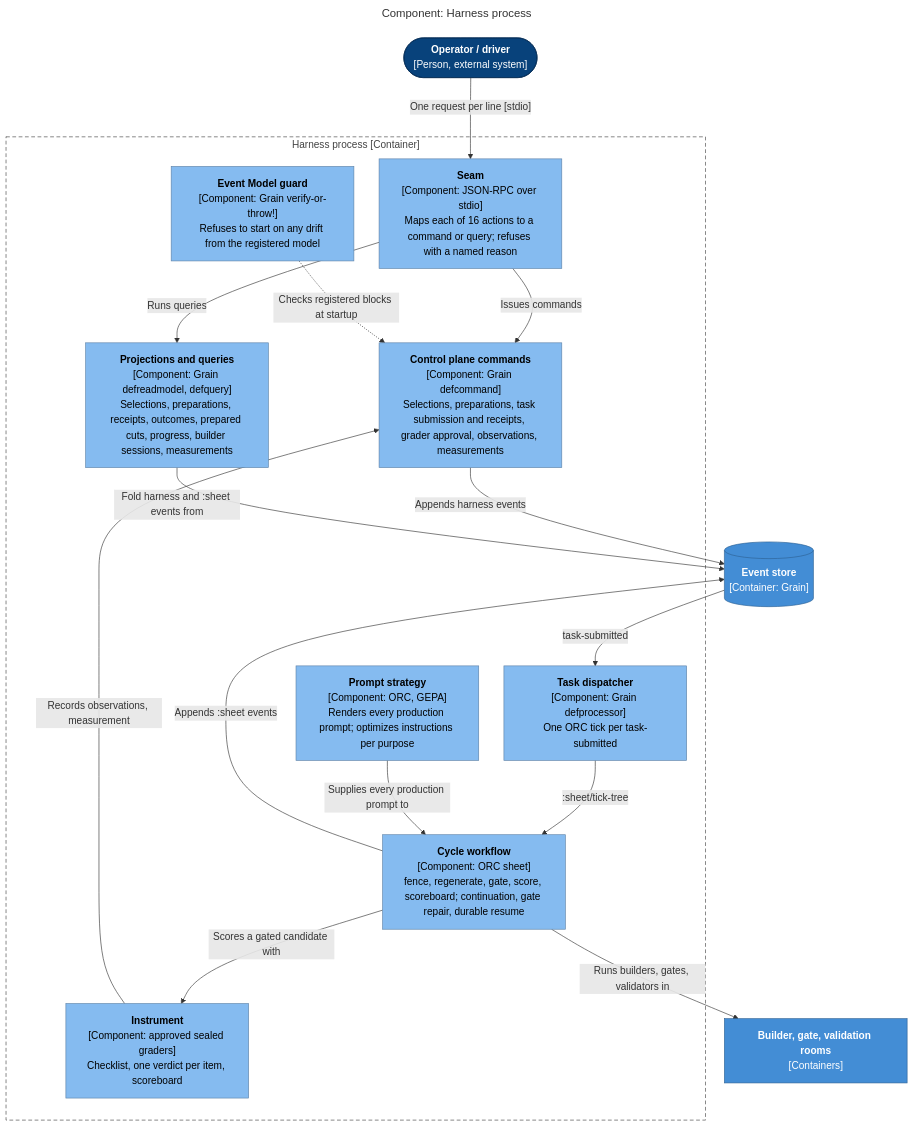
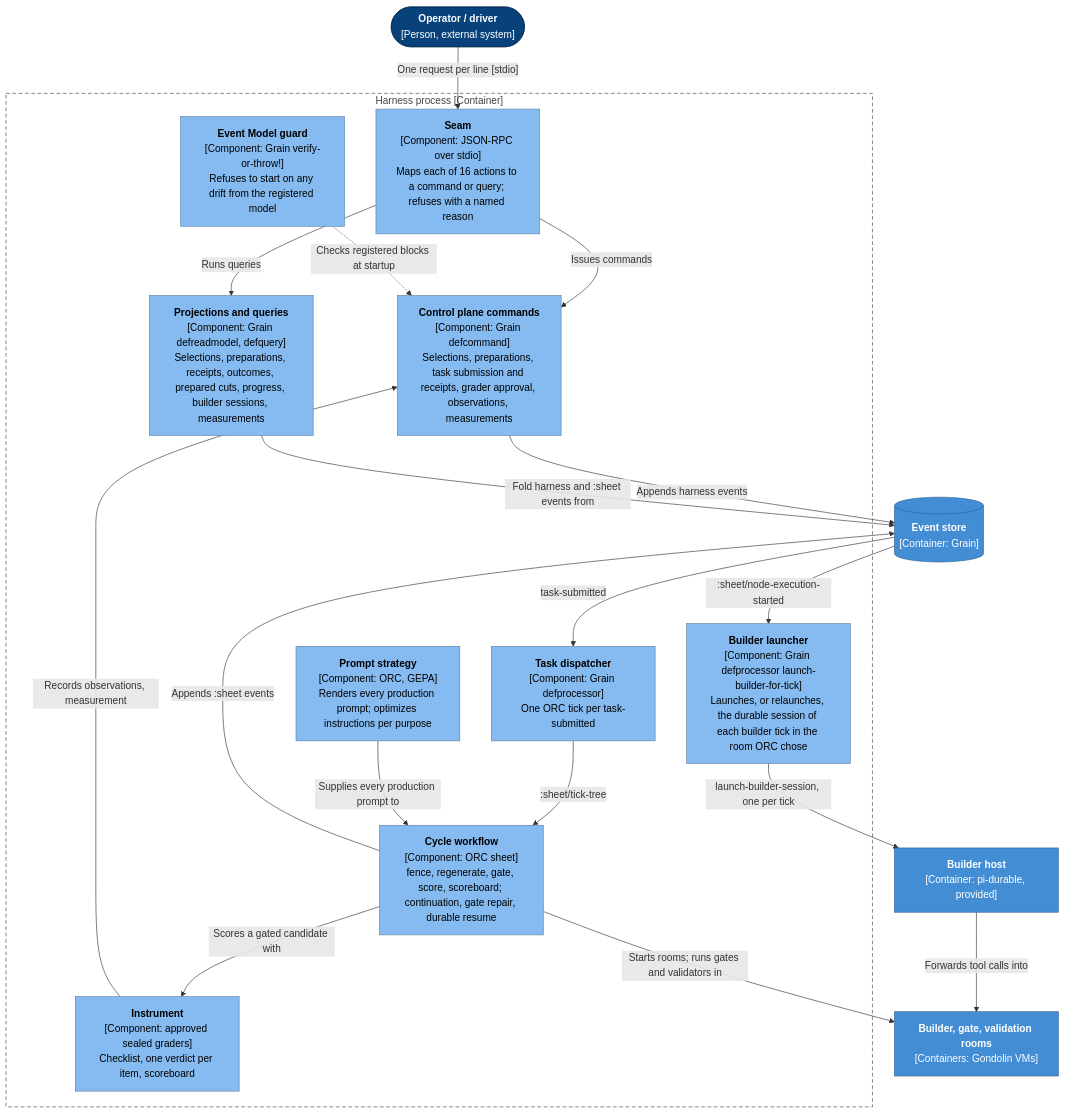
Before and after one commit to scope-impact/loyly: the third of 3 diagrams in .pi/architecture.md, drawn with Mermaid. The commit also changed other lines of this file and 2 other files, not shown here.

First line of the commit message:
Spec: ORC launches the durable builder, in the Grain model and the C4 views

````diff
--- a/.pi/architecture.md
+++ b/.pi/architecture.md
@@ -123,47 +123,49 @@
 ```mermaid
----
-title: "Component: Harness process"
----
-%%{init: {"flowchart": {"wrappingWidth": 230, "nodeSpacing": 40, "rankSpacing": 70}}}%%
+
 flowchart TB
   operator(["<b>Operator / driver</b><br/>[Person, external system]"])
 
   subgraph p ["Harness process [Container]"]
     seam["<b>Seam</b><br/>[Component: JSON-RPC over stdio]<br/>Maps each of 16 actions to a command or query; refuses with a named reason"]
     control["<b>Control plane commands</b><br/>[Component: Grain defcommand]<br/>Selections, preparations, task submission and receipts, grader approval, observations, measurements"]
     views["<b>Projections and queries</b><br/>[Component: Grain defreadmodel, defquery]<br/>Selections, preparations, receipts, outcomes, prepared cuts, progress, builder sessions, measurements"]
     dispatch["<b>Task dispatcher</b><br/>[Component: Grain defprocessor]<br/>One ORC tick per task-submitted"]
+    launcher["<b>Builder launcher</b><br/>[Component: Grain defprocessor launch-builder-for-tick]<br/>Launches, or relaunches, the durable session of each builder tick in the room ORC chose"]
     workflow["<b>Cycle workflow</b><br/>[Component: ORC sheet]<br/>fence, regenerate, gate, score, scoreboard; continuation, gate repair, durable resume"]
     prompts["<b>Prompt strategy</b><br/>[Component: ORC, GEPA]<br/>Renders every production prompt; optimizes instructions per purpose"]
     instrument["<b>Instrument</b><br/>[Component: approved sealed graders]<br/>Checklist, one verdict per item, scoreboard"]
     guard["<b>Event Model guard</b><br/>[Component: Grain verify-or-throw!]<br/>Refuses to start on any drift from the registered model"]
   end
 
   events[("<b>Event store</b><br/>[Container: Grain]")]
-  rooms["<b>Builder, gate, validation rooms</b><br/>[Containers]"]
+  rooms["<b>Builder, gate, validation rooms</b><br/>[Containers: Gondolin VMs]"]
+  host["<b>Builder host</b><br/>[Container: pi-durable, provided]"]
 
   operator -- "One request per line [stdio]" --> seam
   seam -- "Issues commands" --> control
   seam -- "Runs queries" --> views
   control -- "Appends harness events" --> events
   events -- "task-submitted" --> dispatch
   dispatch -- ":sheet/tick-tree" --> workflow
   workflow -- "Appends :sheet events" --> events
   views -- "Fold harness and :sheet events from" --> events
   prompts -- "Supplies every production prompt to" --> workflow
-  workflow -- "Runs builders, gates, validators in" --> rooms
+  events -- ":sheet/node-execution-started" --> launcher
+  launcher -- "launch-builder-session, one per tick" --> host
+  host -- "Forwards tool calls into" --> rooms
+  workflow -- "Starts rooms; runs gates and validators in" --> rooms
   workflow -- "Scores a gated candidate with" --> instrument
   instrument -- "Records observations, measurement" --> control
   guard -. "Checks registered blocks at startup" .-> control
 
   class operator person
-  class seam,control,views,dispatch,workflow,prompts,instrument,guard component
-  class events,rooms container
+  class seam,control,views,dispatch,launcher,workflow,prompts,instrument,guard component
+  class events,rooms,host container
   class p boundary
   classDef person fill:#08427b,stroke:#052e56,color:#fff
   classDef system fill:#1168bd,stroke:#0b4884,color:#fff
   classDef external fill:#8a8a8a,stroke:#6b6b6b,color:#fff
   classDef container fill:#438dd5,stroke:#2e6295,color:#fff
   classDef component fill:#85bbf0,stroke:#5d82a8,color:#000
   classDef boundary fill:none,stroke:#444,stroke-dasharray:6 4,color:#444
 ```
````
